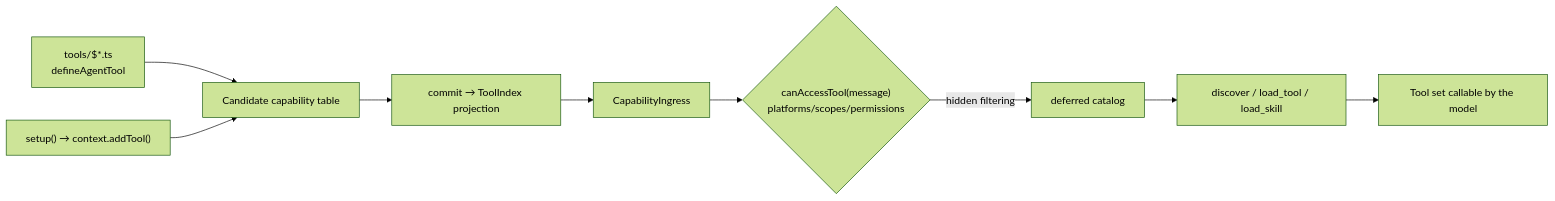
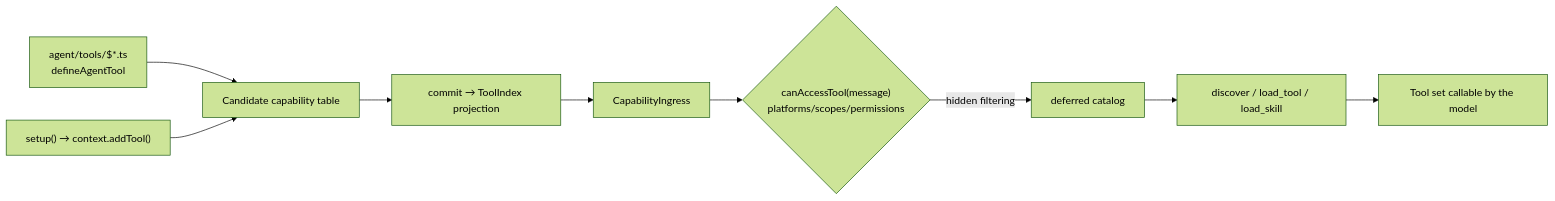
The diagram in docs/en/authoring/agent-tools.md (zhinjs/zhin), drawn with Mermaid (forest theme) before and after one commit. The commit also changed other lines of this file and 244 other files, not shown here.

Commit message:
refactor(tool): unify agent tool authoring

````diff
--- a/docs/en/authoring/agent-tools.md
+++ b/docs/en/authoring/agent-tools.md
@@ -10,11 +10,11 @@
 ```mermaid
 flowchart LR
-    A["tools/$*.ts<br/>defineAgentTool"] --> C[Candidate capability table]
+    A["agent/tools/$*.ts<br/>defineAgentTool"] --> C[Candidate capability table]
     B["setup() → context.addTool()"] --> C
     C --> D["commit → ToolIndex projection"]
     D --> E[CapabilityIngress]
     E --> F{"canAccessTool(message)<br/>platforms/scopes/permissions"}
     F -->|hidden filtering| G[deferred catalog]
     G --> H["discover / load_tool / load_skill"]
     H --> I[Tool set callable by the model]
 ```
````
